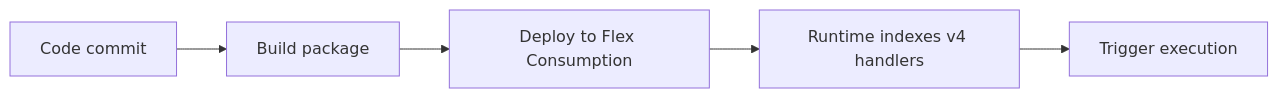
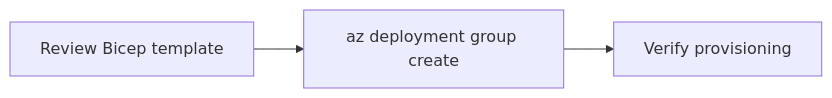
The second of 2 diagrams in docs/language-guides/nodejs/tutorial/flex-consumption/05-infrastructure-as-code.md (yeongseon/azure-functions-practical-guide), drawn with Mermaid before and after one commit. The commit also changed other lines of this file and 7 other files, not shown here.

Commit message:
docs: validate and fix Node.js Flex Consumption tutorials 01-07 against live deployment

````diff
--- a/docs/language-guides/nodejs/tutorial/flex-consumption/05-infrastructure-as-code.md
+++ b/docs/language-guides/nodejs/tutorial/flex-consumption/05-infrastructure-as-code.md
@@ -23,7 +55,5 @@
 ```mermaid
 flowchart LR
-    A[Code commit] --> B[Build package]
-    B --> C[Deploy to Flex Consumption]
-    C --> D[Runtime indexes v4 handlers]
-    D --> E[Trigger execution]
+    A[Review Bicep template] --> B["az deployment group create"]
+    B --> C[Verify provisioning]
 ```
````
